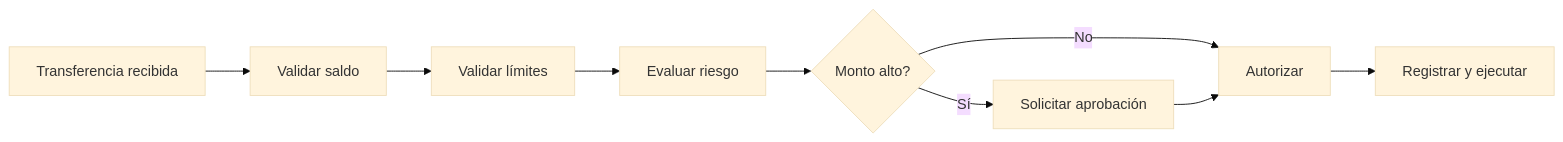
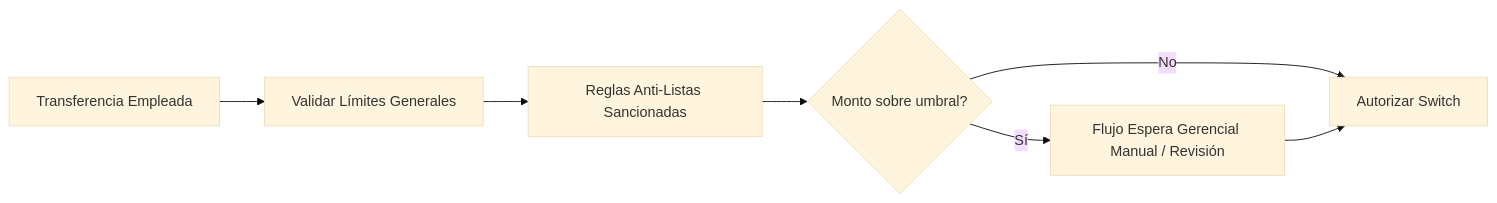
Before and after one commit to teamdroid-trainer/docs-docusaurus-trainer: the tenth of 12 diagrams in docs/backend-java-quarkus/06-event-driven-mfa/event-bus-mfa.md, drawn with Mermaid (base theme). The commit also changed other lines of this file and 7 other files, not shown here.

Commit message:
docs: division de kafka en teoria e implementacion con mdx interactivos y diagramas mermaid, resolucion de bugs de docusaurus

````diff
--- a/docs/backend-java-quarkus/06-event-driven-mfa/event-bus-mfa.md
+++ b/docs/backend-java-quarkus/06-event-driven-mfa/event-bus-mfa.md
@@ -272,11 +341,9 @@
 ```mermaid
 flowchart LR
-    A[Transferencia recibida] --> B[Validar saldo]
-    B --> C[Validar límites]
-    C --> D[Evaluar riesgo]
-    D --> E{Monto alto?}
-    E -->|Sí| F[Solicitar aprobación]
-    E -->|No| G[Autorizar]
-    F --> G
-    G --> H[Registrar y ejecutar]
+    A[Transferencia Empleada] --> B[Validar Límites Generales]
+    B --> C[Reglas Anti-Listas Sancionadas]
+    C --> D{Monto sobre umbral?}
+    D -->|Sí| E[Flujo Espera Gerencial Manual / Revisión]
+    D -->|No| F[Autorizar Switch]
+    E --> F
 ```
````
